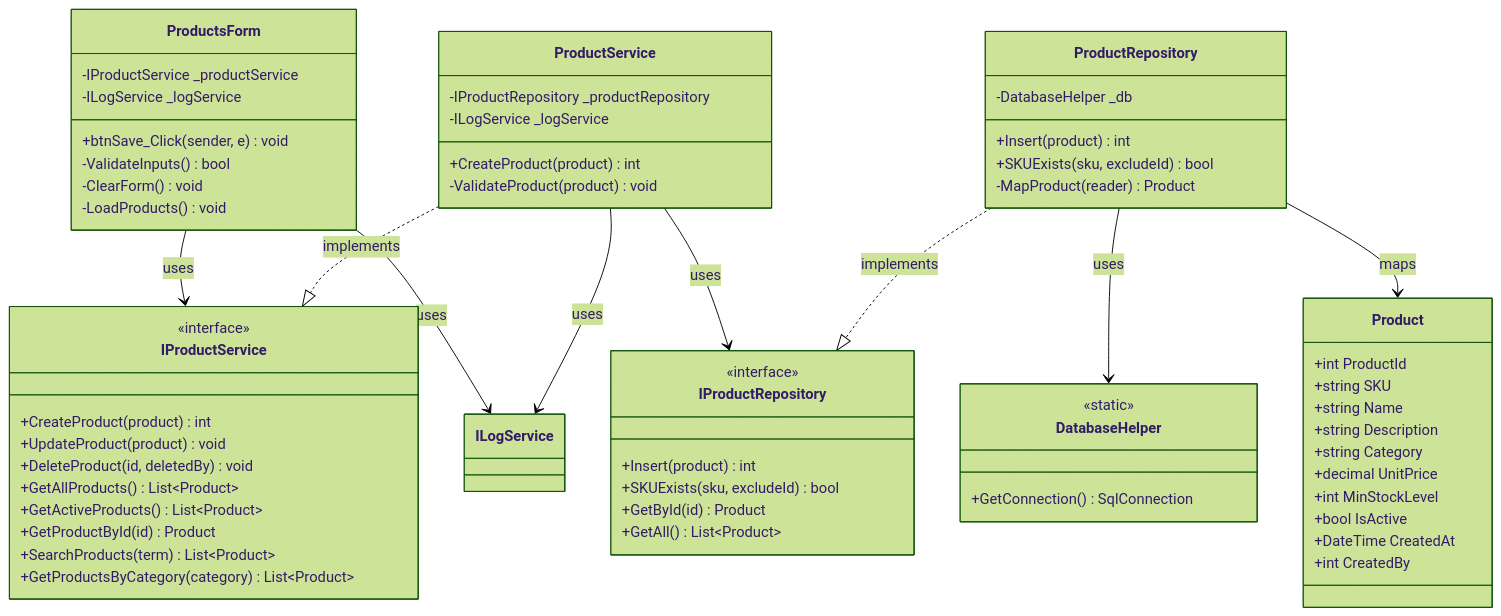
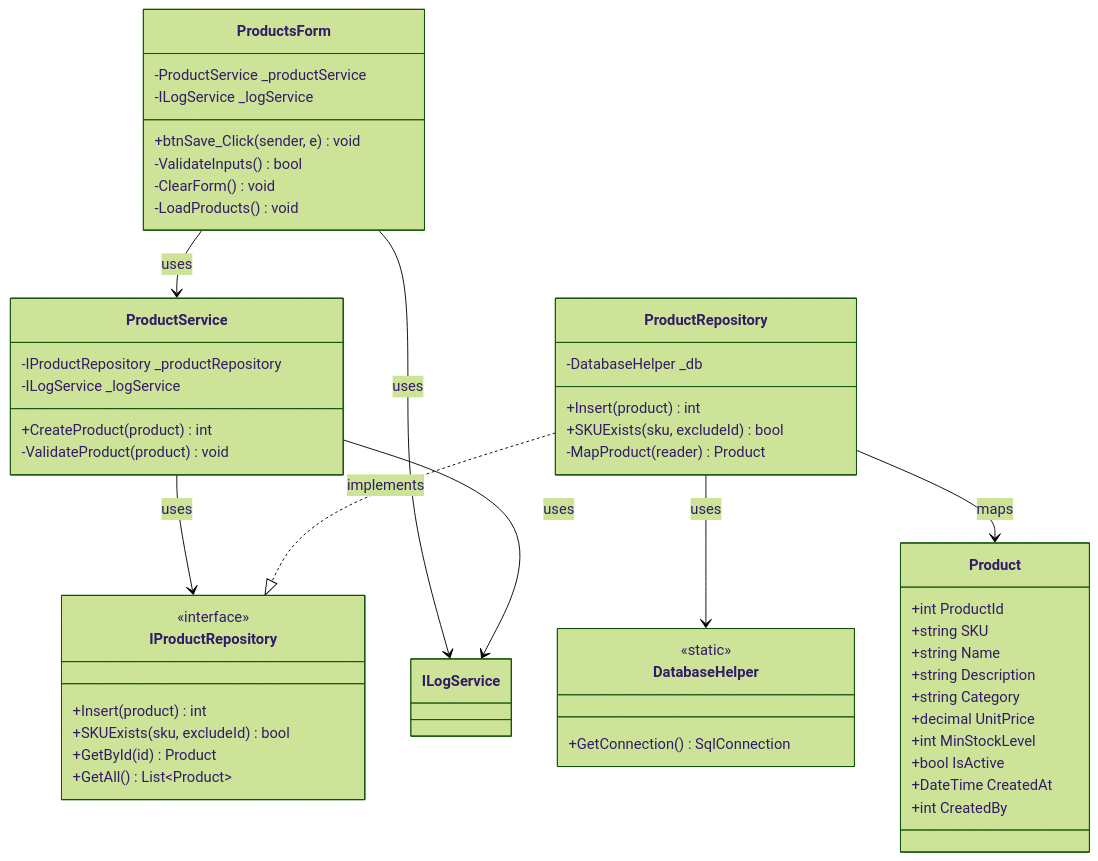
One commit to nahuk86/tp_diploma_nk_2026 changed the first of 16 diagrams in Documentation/UML_Diagrams/13_Products_UseCases.md. Above: the diagram before and after it, drawn with Mermaid (forest theme). The commit also changed other lines of this file and 5 other files, not shown here.

First line of the commit message:
Fix UML documentation: remove non-existent BLL service interfaces

````diff
--- a/Documentation/UML_Diagrams/13_Products_UseCases.md
+++ b/Documentation/UML_Diagrams/13_Products_UseCases.md
@@ -11,72 +11,60 @@
 ```mermaid
 classDiagram
     class ProductsForm {
-        -IProductService _productService
+        -ProductService _productService
         -ILogService _logService
         +btnSave_Click(sender, e) void
         -ValidateInputs() bool
         -ClearForm() void
         -LoadProducts() void
     }
 
-    class IProductService {
-        <<interface>>
-        +CreateProduct(product) int
-        +UpdateProduct(product) void
-        +DeleteProduct(id, deletedBy) void
-        +GetAllProducts() List~Product~
-        +GetActiveProducts() List~Product~
-        +GetProductById(id) Product
-        +SearchProducts(term) List~Product~
-        +GetProductsByCategory(category) List~Product~
-    }
 
     class ProductService {
         -IProductRepository _productRepository
         -ILogService _logService
         +CreateProduct(product) int
         -ValidateProduct(product) void
     }
 
     class IProductRepository {
         <<interface>>
         +Insert(product) int
         +SKUExists(sku, excludeId) bool
         +GetById(id) Product
         +GetAll() List~Product~
     }
 
     class ProductRepository {
         -DatabaseHelper _db
         +Insert(product) int
         +SKUExists(sku, excludeId) bool
         -MapProduct(reader) Product
     }
 
     class DatabaseHelper {
         <<static>>
         +GetConnection() SqlConnection
     }
 
     class Product {
         +int ProductId
         +string SKU
         +string Name
         +string Description
         +string Category
         +decimal UnitPrice
         +int MinStockLevel
         +bool IsActive
         +DateTime CreatedAt
         +int CreatedBy
     }
 
-    ProductsForm --> IProductService : uses
+    ProductsForm --> ProductService : uses
     ProductsForm --> ILogService : uses
-    ProductService ..|> IProductService : implements
     ProductService --> IProductRepository : uses
     ProductService --> ILogService : uses
     ProductRepository ..|> IProductRepository : implements
     ProductRepository --> DatabaseHelper : uses
     ProductRepository --> Product : maps
 ```
````
